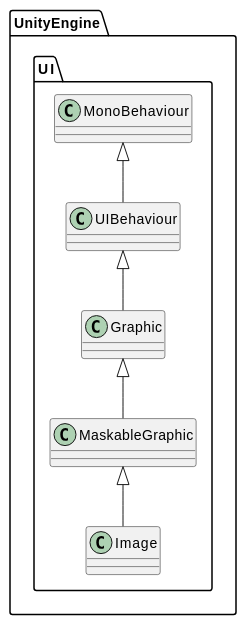
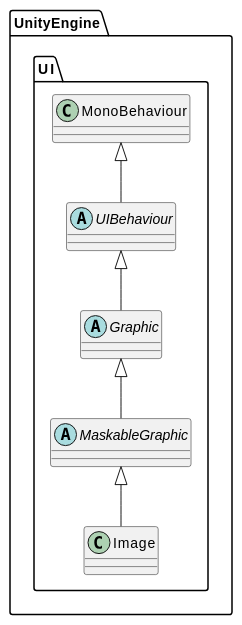
One commit to young40/young40.github.com changed the first of 3 diagrams in org/2021-12-26-UGUI-Source-Reading-01.org. Above: the diagram before and after it, drawn with PlantUML. The commit also changed other lines of this file and 7 other files, not shown here.

```diff
--- a/org/2021-12-26-UGUI-Source-Reading-01.org
+++ b/org/2021-12-26-UGUI-Source-Reading-01.org
@@ -22,18 +22,18 @@
 #+BEGIN_SRC plantuml :file 2021-12-UGUI-Source-Reading/2021-12-UGUI-Source-Reading-001.Image-Hierarchy.png :exports both :cache yes 
   @startuml
   
   namespace UnityEngine.UI {
       class Image
-      class MaskableGraphic
-      class Graphic
-      class UIBehaviour
+      abstract class MaskableGraphic
+      abstract class Graphic
+      abstract class UIBehaviour
       class MonoBehaviour
   
       MaskableGraphic <|-- Image
       Graphic         <|-- MaskableGraphic
       UIBehaviour     <|-- Graphic
       MonoBehaviour   <|-- UIBehaviour
   }
   
   @enduml
 #+END_SRC
```
